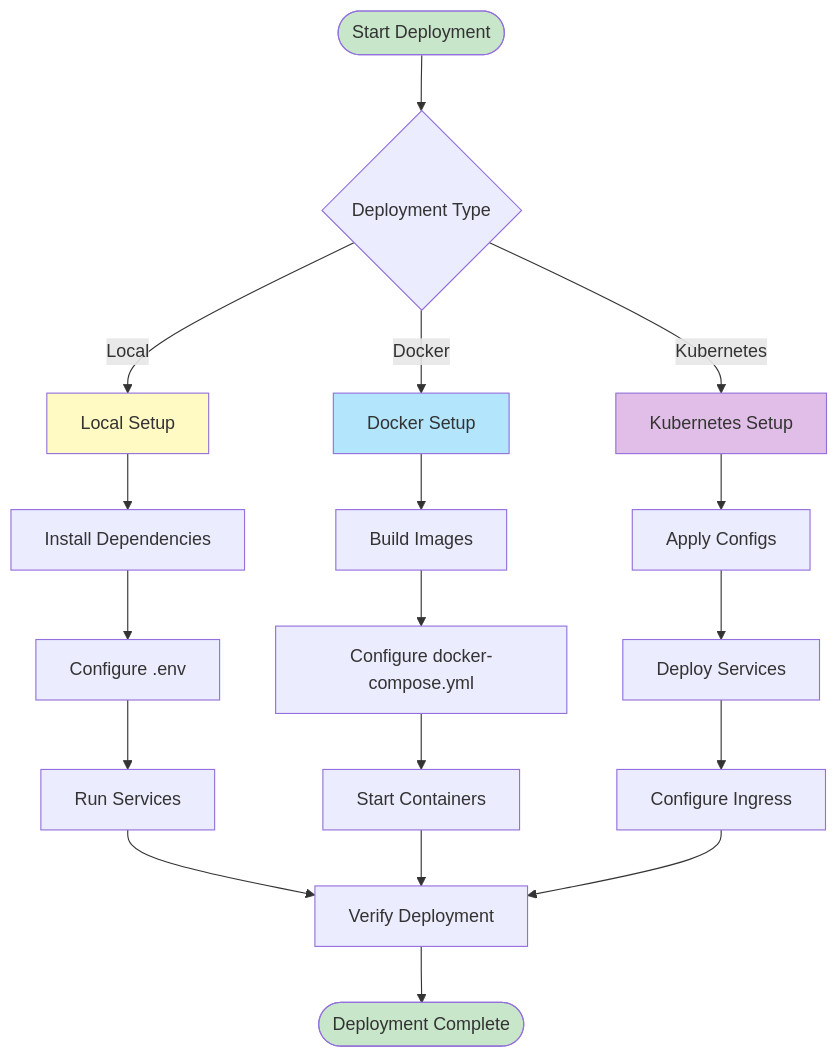
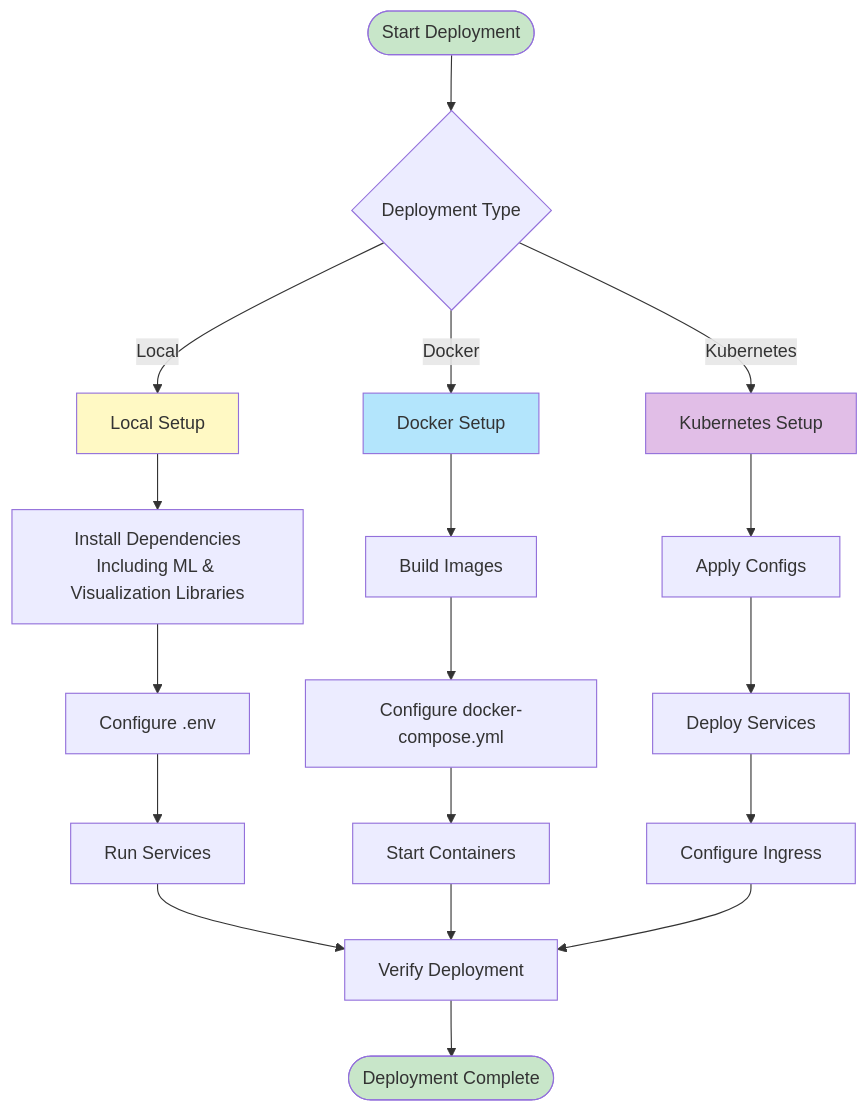
The second of 6 diagrams in docs/DEPLOYMENT.md (1digitaldesign/kettler-data-analysis), drawn with Mermaid before and after one commit. The commit also changed other lines of this file and 3 other files, not shown here.

````diff
--- a/docs/DEPLOYMENT.md
+++ b/docs/DEPLOYMENT.md
@@ -43,32 +43,32 @@
 ```mermaid
 flowchart TD
     START([Start Deployment]) --> CHOOSE{Deployment Type}
 
     CHOOSE -->|Local| LOCAL[Local Setup]
     CHOOSE -->|Docker| DOCKER[Docker Setup]
     CHOOSE -->|Kubernetes| K8S[Kubernetes Setup]
 
-    LOCAL --> L1[Install Dependencies]
+    LOCAL --> L1[Install Dependencies<br/>Including ML & Visualization Libraries]
     L1 --> L2[Configure .env]
     L2 --> L3[Run Services]
 
     DOCKER --> D1[Build Images]
     D1 --> D2[Configure docker-compose.yml]
     D2 --> D3[Start Containers]
 
     K8S --> K1[Apply Configs]
     K1 --> K2[Deploy Services]
     K2 --> K3[Configure Ingress]
 
     L3 --> VERIFY[Verify Deployment]
     D3 --> VERIFY
     K3 --> VERIFY
 
     VERIFY --> END([Deployment Complete])
 
     style START fill:#C8E6C9
     style LOCAL fill:#FFF9C4
     style DOCKER fill:#B3E5FC
     style K8S fill:#E1BEE7
     style END fill:#C8E6C9
 ```
````
